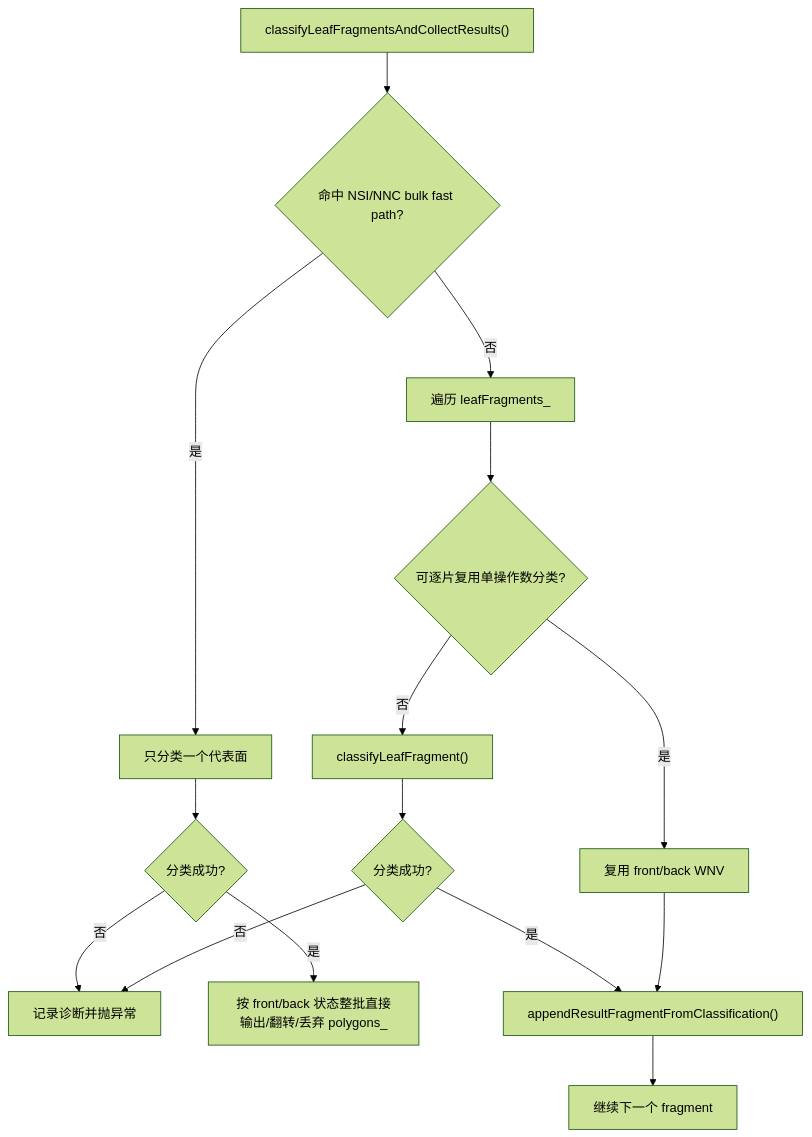
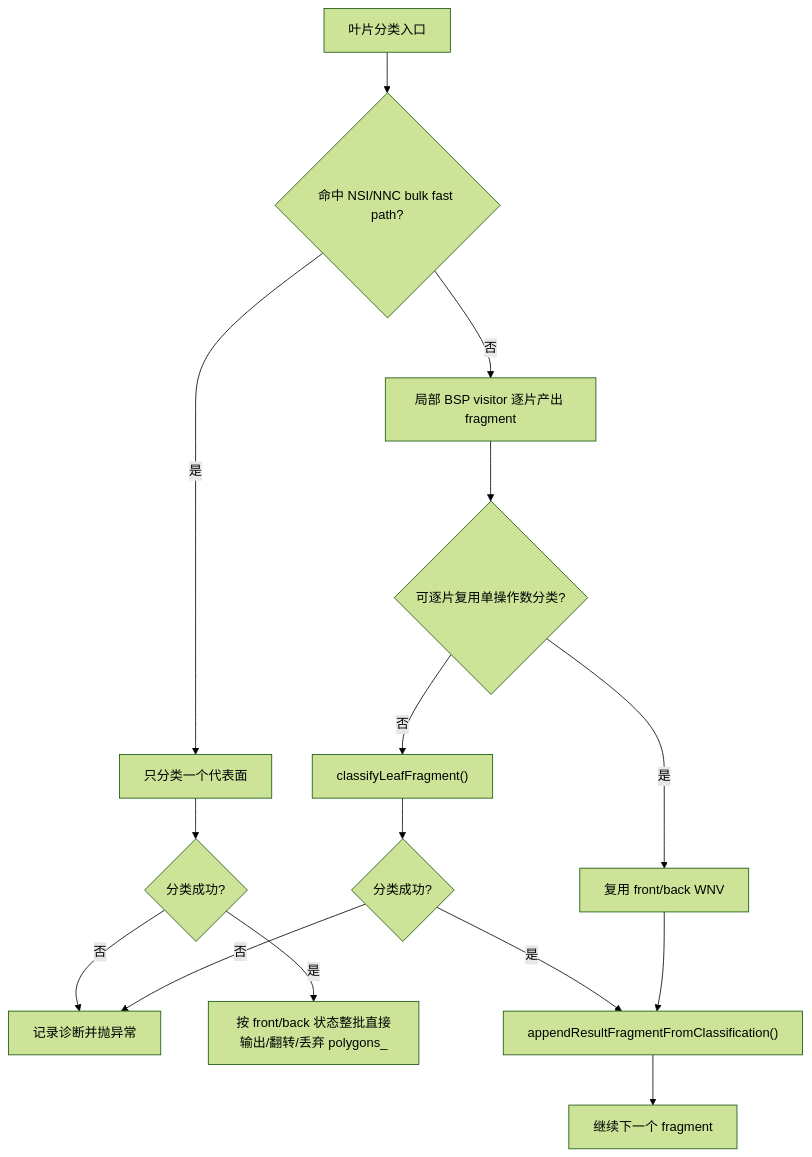
One commit to SDU-YueQiu/re-EMBER changed diagram 11 of 13 in docs/core-logic-flow.md. Above: the diagram before and after it, drawn with Mermaid (forest theme). The commit also changed other lines of this file and 8 other files, not shown here.

````diff
--- a/docs/core-logic-flow.md
+++ b/docs/core-logic-flow.md
@@ -383,17 +384,17 @@
 ```mermaid
 flowchart TD
-    A["classifyLeafFragmentsAndCollectResults()"] --> B{"命中 NSI/NNC bulk fast path?"}
+    A["叶片分类入口"] --> B{"命中 NSI/NNC bulk fast path?"}
     B -->|是| C["只分类一个代表面"]
     C --> D{"分类成功?"}
     D -->|否| E["记录诊断并抛异常"]
     D -->|是| F["按 front/back 状态整批直接输出/翻转/丢弃 polygons_"]
-    B -->|否| G["遍历 leafFragments_"]
+    B -->|否| G["局部 BSP visitor 逐片产出 fragment"]
     G --> H{"可逐片复用单操作数分类?"}
     H -->|是| I["复用 front/back WNV"]
     H -->|否| J["classifyLeafFragment()"]
     J --> K{"分类成功?"}
     K -->|否| E
     K -->|是| L["appendResultFragmentFromClassification()"]
     I --> L
     L --> M["继续下一个 fragment"]
 ```
````
